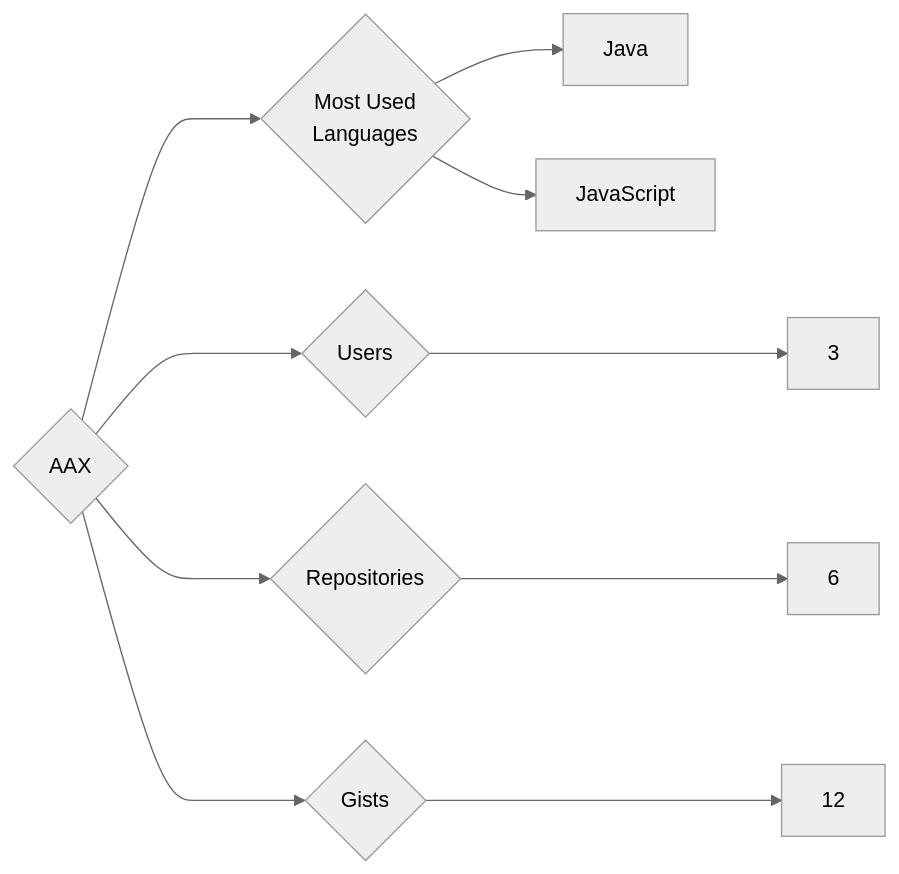
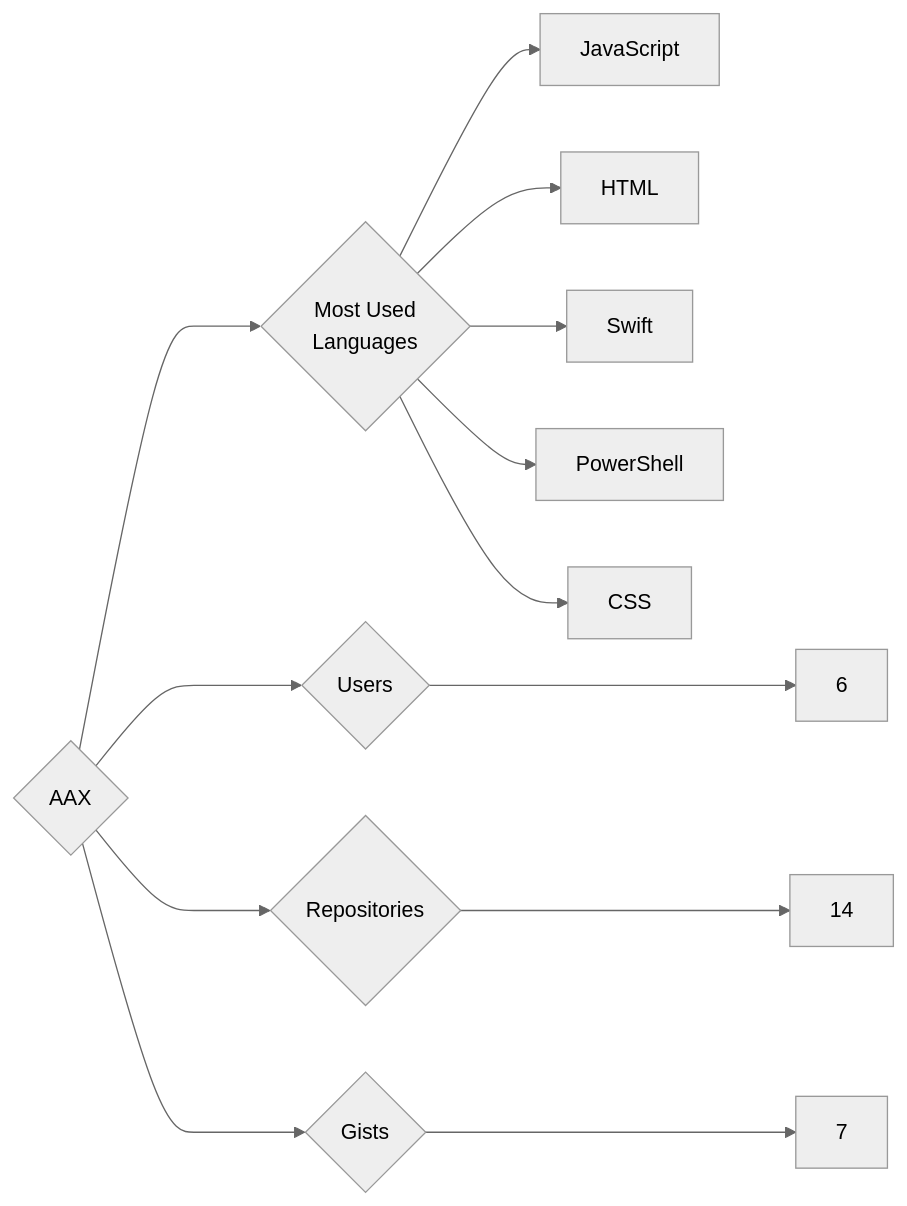
The diagram in targets/AAX/README.md (trickest/insiders), drawn with Mermaid (neutral theme) before and after one commit. The commit also changed 783 other files, not shown here.

````diff
--- a/targets/AAX/README.md
+++ b/targets/AAX/README.md
@@ -3,10 +3,13 @@
 ```mermaid
 graph LR
 COMPANY_NAME{AAX}
-COMPANY_NAME ---> U{Users} ---> UN[3]
-COMPANY_NAME ---> R{Repositories} ---> RN[6]
-COMPANY_NAME ---> G{Gists} ---> GN[12]
+COMPANY_NAME ---> U{Users} ---> UN[6]
+COMPANY_NAME ---> R{Repositories} ---> RN[14]
+COMPANY_NAME ---> G{Gists} ---> GN[7]
 COMPANY_NAME ---> ML{Most Used<br>Languages}
-ML --> Java[Java]
 ML --> JavaScript[JavaScript]
+ML --> HTML[HTML]
+ML --> Swift[Swift]
+ML --> PowerShell[PowerShell]
+ML --> CSS[CSS]
 ```
````
